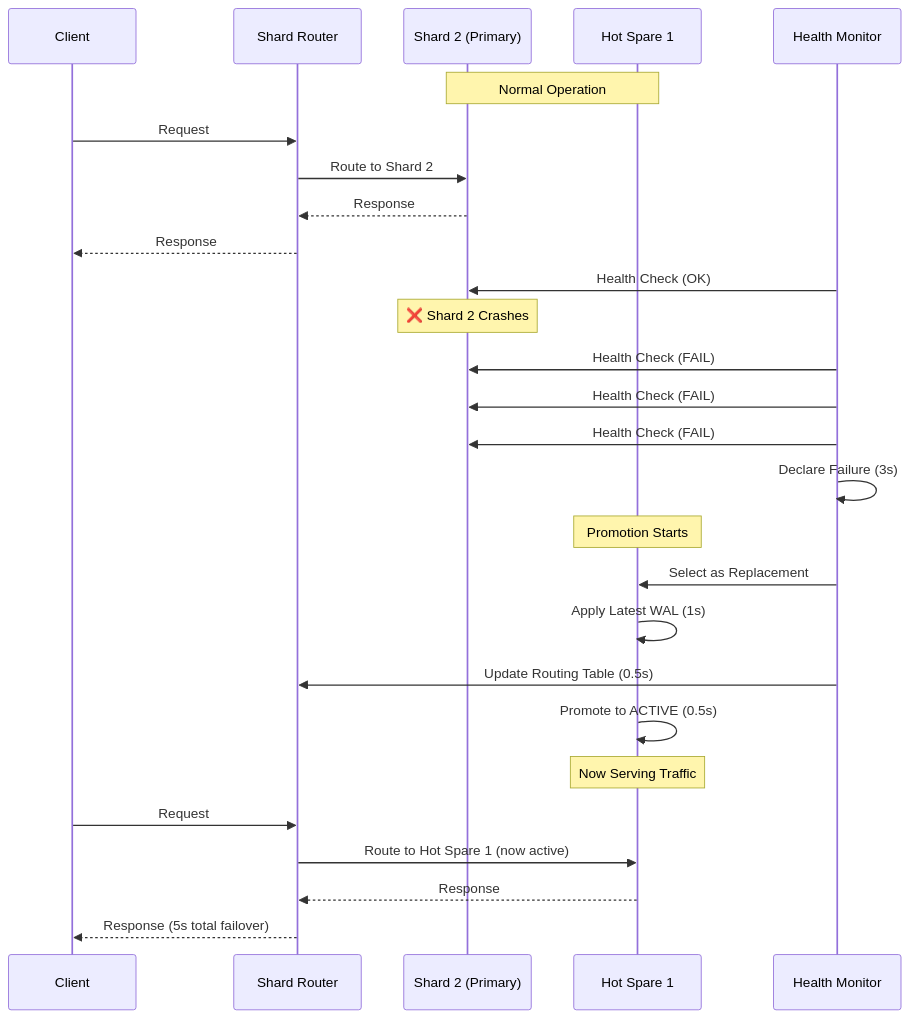
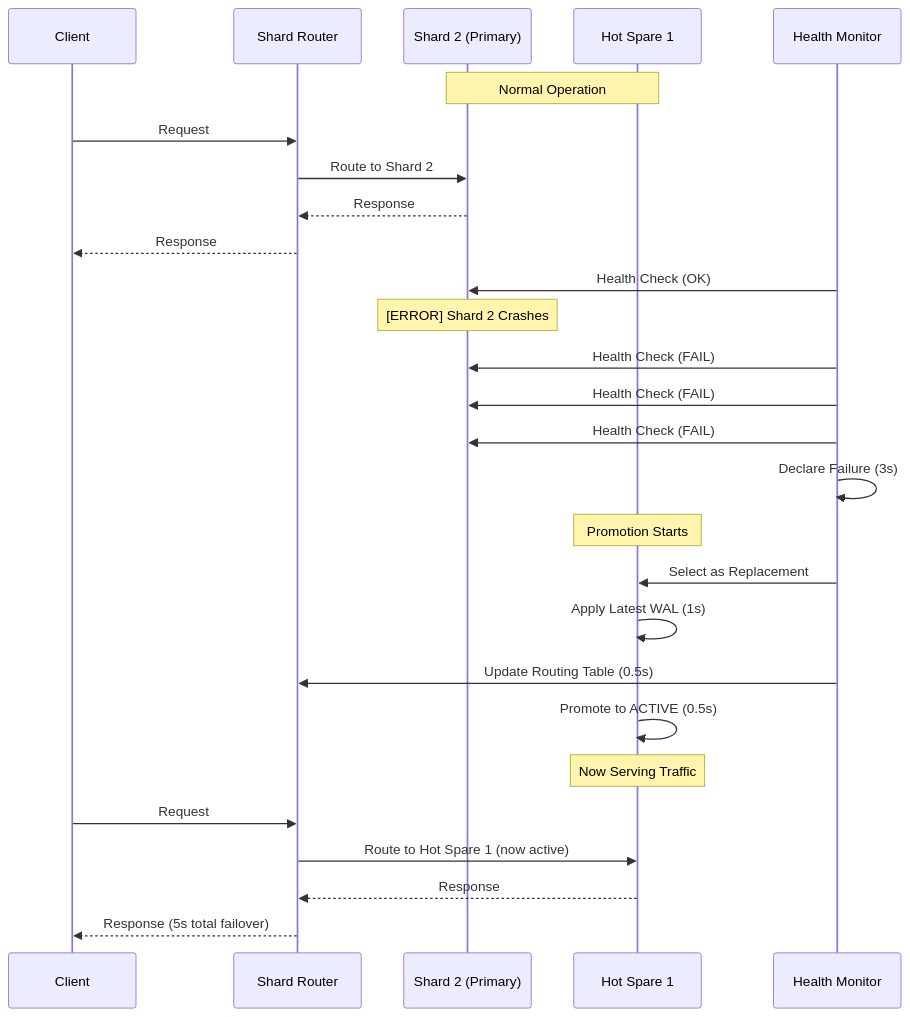
Before and after one commit to makr-code/ThemisDB: the fifth of 6 diagrams in compendium/chapter_16_sharding.md, drawn with Mermaid. The commit also changed other lines of this file and 19 other files, not shown here.

First line of the commit message:
Refactor Mermaid syntax and improve documentation consistency across chapters

````diff
--- a/compendium/chapter_16_sharding.md
+++ b/compendium/chapter_16_sharding.md
@@ -843,33 +843,33 @@
 ```mermaid
 sequenceDiagram
     participant Client
     participant Router as Shard Router
     participant Shard as Shard 2 (Primary)
     participant HS as Hot Spare 1
     participant Monitor as Health Monitor
     
     Note over Shard,HS: Normal Operation
     Client->>Router: Request
     Router->>Shard: Route to Shard 2
     Shard-->>Router: Response
     Router-->>Client: Response
     Monitor->>Shard: Health Check (OK)
     
-    Note over Shard: ❌ Shard 2 Crashes
+    Note over Shard: [ERROR] Shard 2 Crashes
     Monitor->>Shard: Health Check (FAIL)
     Monitor->>Shard: Health Check (FAIL)
     Monitor->>Shard: Health Check (FAIL)
     Monitor->>Monitor: Declare Failure (3s)
     
     Note over HS: Promotion Starts
     Monitor->>HS: Select as Replacement
     HS->>HS: Apply Latest WAL (1s)
     Monitor->>Router: Update Routing Table (0.5s)
     HS->>HS: Promote to ACTIVE (0.5s)
     
     Note over HS: Now Serving Traffic
     Client->>Router: Request
     Router->>HS: Route to Hot Spare 1 (now active)
     HS-->>Router: Response
     Router-->>Client: Response (5s total failover)
 ```
````
